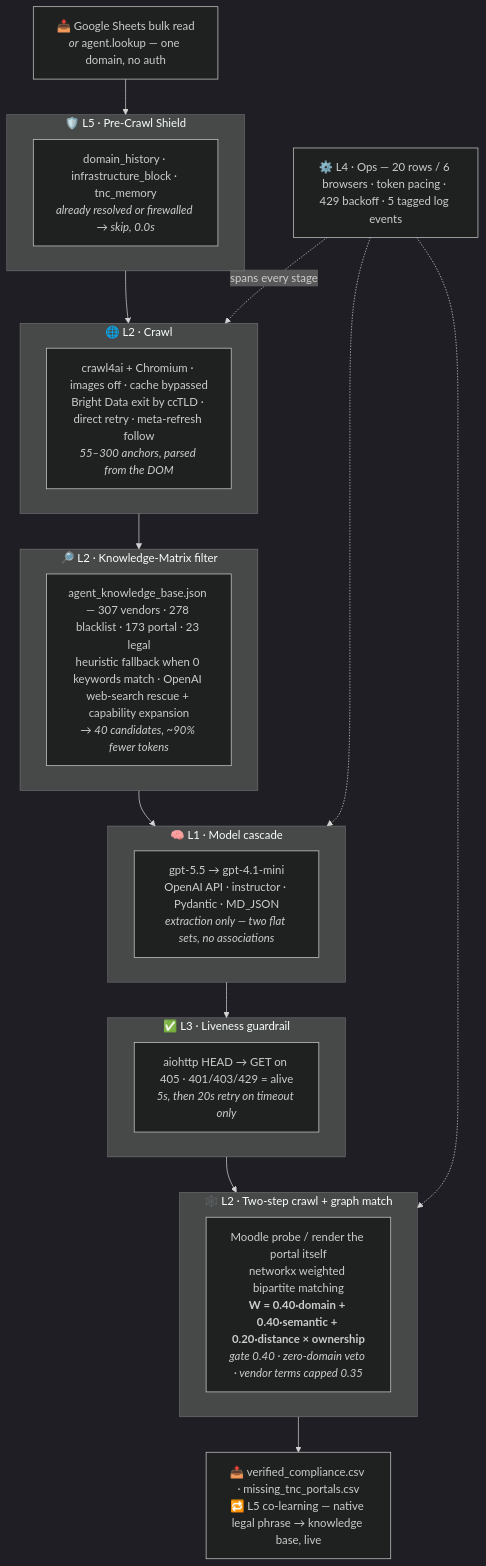
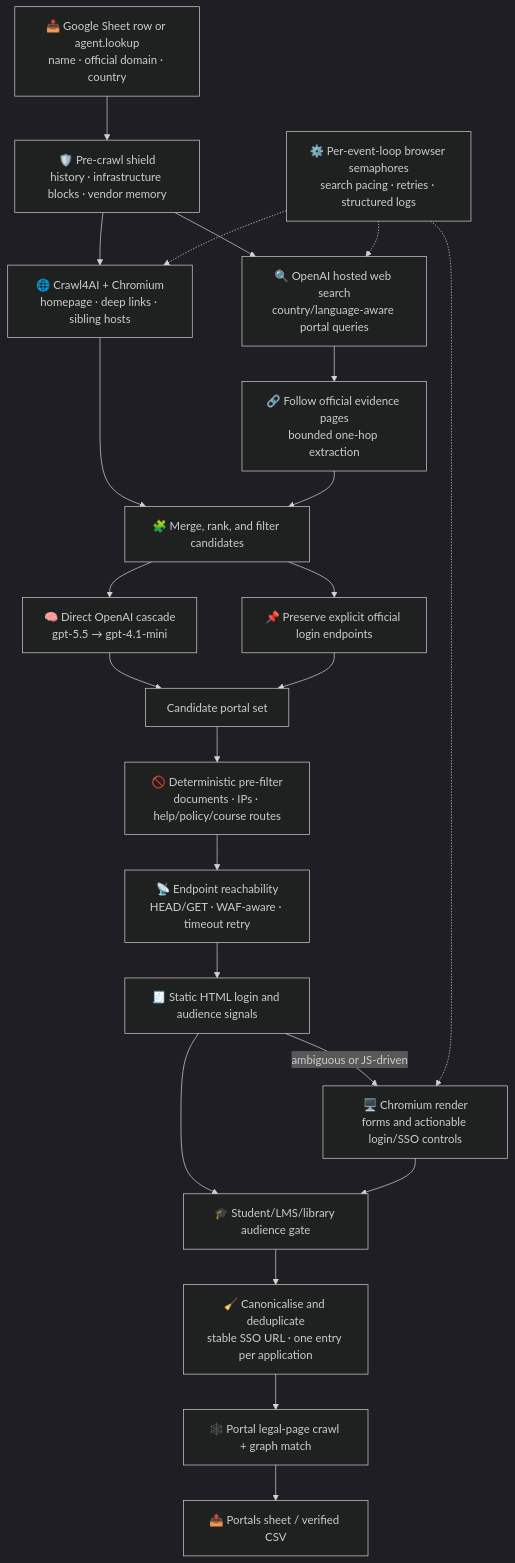
The diagram in README.md (reclaimprotocol/reclaim-portal-agent), drawn with Mermaid (dark theme) before and after one commit. The commit also changed other lines of this file, not shown here.

Commit message:
docs: describe adaptive GenieV3 architecture

````diff
--- a/README.md
+++ b/README.md
@@ -171,41 +176,33 @@
 ```mermaid
 flowchart TD
-    IN["📥 Google Sheets bulk read<br/><i>or</i> agent.lookup — one domain, no auth"]
+    IN["📥 Google Sheet row or agent.lookup<br/>name · official domain · country"] --> SHIELD
+    SHIELD["🛡️ Pre-crawl shield<br/>history · infrastructure blocks · vendor memory"]
 
-    IN --> L5A
-    subgraph L5A["🛡️ L5 · Pre-Crawl Shield"]
-      SH["domain_history · infrastructure_block · tnc_memory<br/><i>already resolved or firewalled → skip, 0.0s</i>"]
-    end
+    SHIELD --> CRAWL["🌐 Crawl4AI + Chromium<br/>homepage · deep links · sibling hosts"]
+    SHIELD --> SEARCH["🔍 OpenAI hosted web search<br/>country/language-aware portal queries"]
 
-    L5A --> L2A
-    subgraph L2A["🌐 L2 · Crawl"]
-      CR["crawl4ai + Chromium · images off · cache bypassed<br/>Bright Data exit by ccTLD · direct retry · meta-refresh follow<br/><i>55–300 anchors, parsed from the DOM</i>"]
-    end
+    SEARCH --> EVIDENCE["🔗 Follow official evidence pages<br/>bounded one-hop extraction"]
+    CRAWL --> MERGE["🧩 Merge, rank, and filter candidates"]
+    EVIDENCE --> MERGE
 
-    L2A --> L2B
-    subgraph L2B["🔎 L2 · Knowledge-Matrix filter"]
-      FI["agent_knowledge_base.json — 307 vendors · 278 blacklist · 173 portal · 23 legal<br/>heuristic fallback when 0 keywords match · OpenAI web-search rescue + capability expansion<br/><i>→ 40 candidates, ~90% fewer tokens</i>"]
-    end
+    MERGE --> MODEL["🧠 Direct OpenAI cascade<br/>gpt-5.5 → gpt-4.1-mini"]
+    MERGE --> DIRECT["📌 Preserve explicit official login endpoints"]
+    MODEL --> PROPOSED["Candidate portal set"]
+    DIRECT --> PROPOSED
 
-    L2B --> L1
-    subgraph L1["🧠 L1 · Model cascade"]
-      MO["gpt-5.5 → gpt-4.1-mini<br/>OpenAI API · instructor · Pydantic · MD_JSON<br/><i>extraction only — two flat sets, no associations</i>"]
-    end
+    PROPOSED --> PREFILTER["🚫 Deterministic pre-filter<br/>documents · IPs · help/policy/course routes"]
+    PREFILTER --> LIVE["📡 Endpoint reachability<br/>HEAD/GET · WAF-aware · timeout retry"]
+    LIVE --> STATIC["🧾 Static HTML login and audience signals"]
+    STATIC -->|ambiguous or JS-driven| RENDER["🖥️ Chromium render<br/>forms and actionable login/SSO controls"]
+    STATIC --> VERIFY["🎓 Student/LMS/library audience gate"]
+    RENDER --> VERIFY
 
-    L1 --> L3
-    subgraph L3["✅ L3 · Liveness guardrail"]
-      GU["aiohttp HEAD → GET on 405 · 401/403/429 = alive<br/><i>5s, then 20s retry on timeout only</i>"]
-    end
+    VERIFY --> CANON["🧹 Canonicalise and deduplicate<br/>stable SSO URL · one entry per application"]
+    CANON --> LEGAL["🕸️ Portal legal-page crawl + graph match"]
+    LEGAL --> OUT["📤 Portals sheet / verified CSV"]
 
-    L3 --> L2C
-    subgraph L2C["🕸️ L2 · Two-step crawl + graph match"]
-      GM["Moodle probe / render the portal itself<br/>networkx weighted bipartite matching<br/><b>W = 0.40·domain + 0.40·semantic + 0.20·distance × ownership</b><br/><i>gate 0.40 · zero-domain veto · vendor terms capped 0.35</i>"]
-    end
-
-    L2C --> OUT["📤 verified_compliance.csv · missing_tnc_portals.csv<br/>🔁 L5 co-learning — native legal phrase → knowledge base, live"]
-
-    L4["⚙️ L4 · Ops — 20 rows / 6 browsers · token pacing · 429 backoff · 5 tagged log events"]
-    L4 -.spans every stage.-> L2A
-    L4 -.-> L1
-    L4 -.-> L2C
+    OPS["⚙️ Per-event-loop browser semaphores<br/>search pacing · retries · structured logs"]
+    OPS -.-> CRAWL
+    OPS -.-> SEARCH
+    OPS -.-> RENDER
 ```
````
